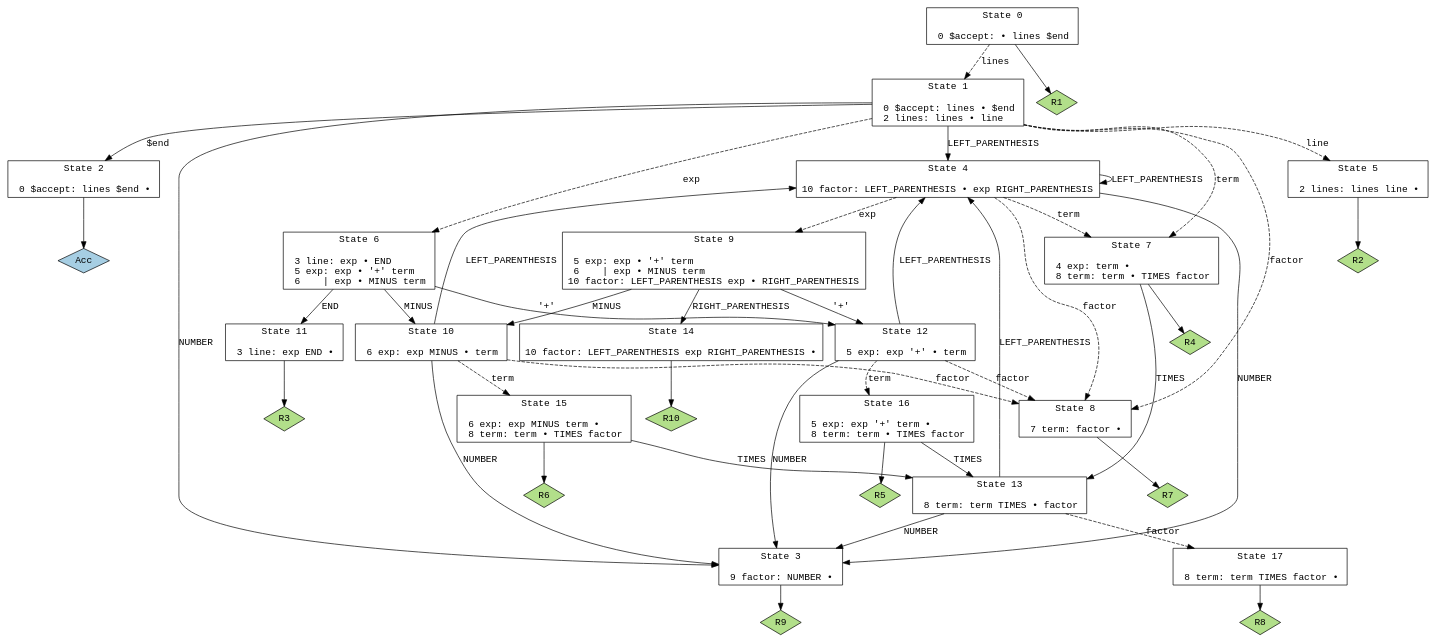
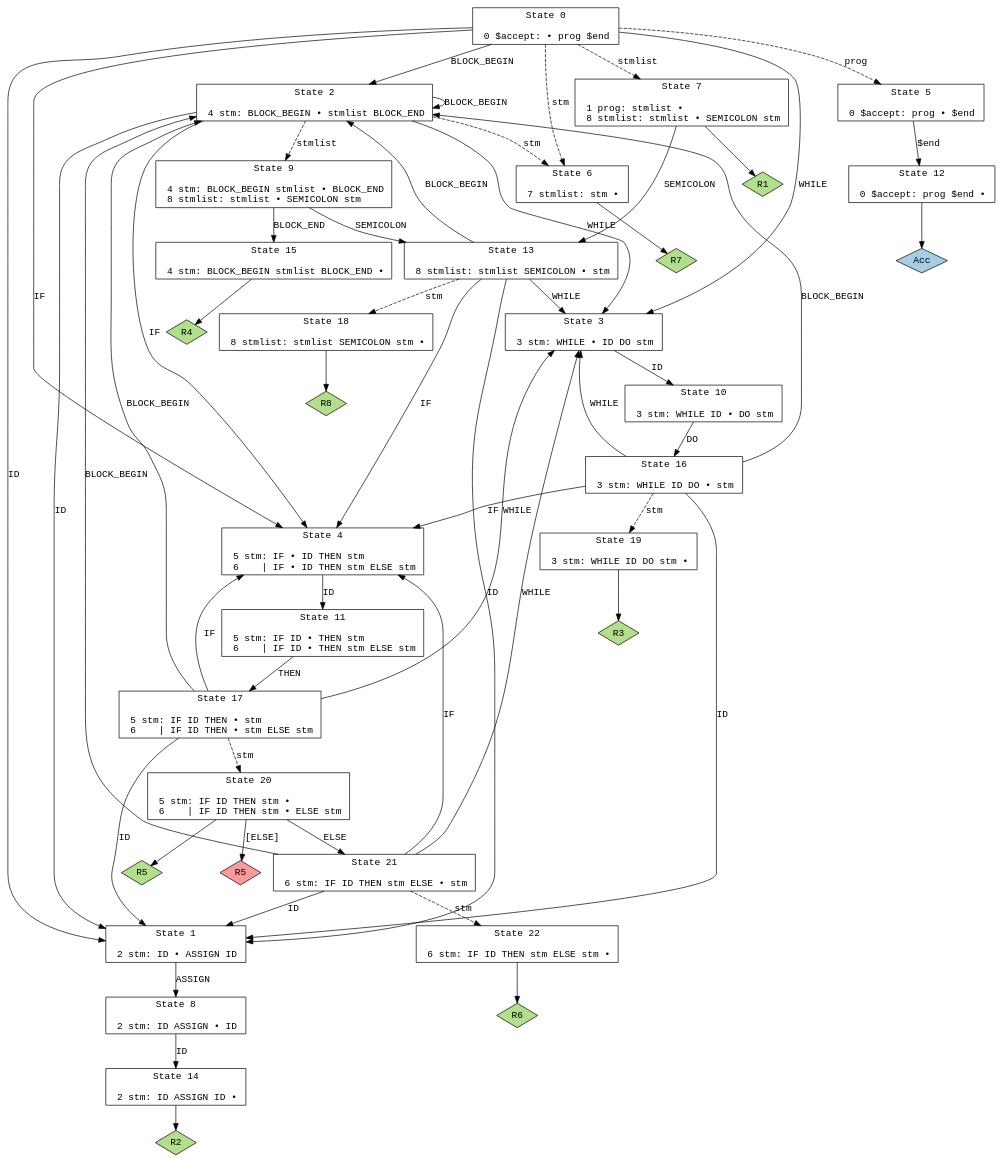
One commit to rcchcz/eng_ling changed the diagram in compilador/y.gv. Above: the diagram before and after it, drawn with Graphviz. The commit also changed 6 other files, not shown here.

```diff
--- a/compilador/y.gv
+++ b/compilador/y.gv
@@ -1,83 +1,97 @@
 // Generated by GNU Bison 3.8.2.
 // Report bugs to <bug-bison@gnu.org>.
 // Home page: <https://www.gnu.org/software/bison/>.
 
 digraph "parser.y"
 {
   node [fontname = courier, shape = box, colorscheme = paired6]
   edge [fontname = courier]
 
-  0 [label="State 0\n\l  0 $accept: • lines $end\l"]
-  0 -> 1 [style=dashed label="lines"]
-  0 -> "0R1" [style=solid]
- "0R1" [label="R1", fillcolor=3, shape=diamond, style=filled]
-  1 [label="State 1\n\l  0 $accept: lines • $end\l  2 lines: lines • line\l"]
-  1 -> 2 [style=solid label="$end"]
-  1 -> 3 [style=solid label="NUMBER"]
-  1 -> 4 [style=solid label="LEFT_PARENTHESIS"]
-  1 -> 5 [style=dashed label="line"]
-  1 -> 6 [style=dashed label="exp"]
-  1 -> 7 [style=dashed label="term"]
-  1 -> 8 [style=dashed label="factor"]
-  2 [label="State 2\n\l  0 $accept: lines $end •\l"]
-  2 -> "2R0" [style=solid]
- "2R0" [label="Acc", fillcolor=1, shape=diamond, style=filled]
-  3 [label="State 3\n\l  9 factor: NUMBER •\l"]
-  3 -> "3R9" [style=solid]
- "3R9" [label="R9", fillcolor=3, shape=diamond, style=filled]
-  4 [label="State 4\n\l 10 factor: LEFT_PARENTHESIS • exp RIGHT_PARENTHESIS\l"]
-  4 -> 3 [style=solid label="NUMBER"]
-  4 -> 4 [style=solid label="LEFT_PARENTHESIS"]
-  4 -> 9 [style=dashed label="exp"]
-  4 -> 7 [style=dashed label="term"]
-  4 -> 8 [style=dashed label="factor"]
-  5 [label="State 5\n\l  2 lines: lines line •\l"]
-  5 -> "5R2" [style=solid]
- "5R2" [label="R2", fillcolor=3, shape=diamond, style=filled]
-  6 [label="State 6\n\l  3 line: exp • END\l  5 exp: exp • '+' term\l  6    | exp • MINUS term\l"]
-  6 -> 10 [style=solid label="MINUS"]
-  6 -> 11 [style=solid label="END"]
-  6 -> 12 [style=solid label="'+'"]
-  7 [label="State 7\n\l  4 exp: term •\l  8 term: term • TIMES factor\l"]
-  7 -> 13 [style=solid label="TIMES"]
-  7 -> "7R4" [style=solid]
- "7R4" [label="R4", fillcolor=3, shape=diamond, style=filled]
-  8 [label="State 8\n\l  7 term: factor •\l"]
-  8 -> "8R7" [style=solid]
- "8R7" [label="R7", fillcolor=3, shape=diamond, style=filled]
-  9 [label="State 9\n\l  5 exp: exp • '+' term\l  6    | exp • MINUS term\l 10 factor: LEFT_PARENTHESIS exp • RIGHT_PARENTHESIS\l"]
-  9 -> 10 [style=solid label="MINUS"]
-  9 -> 14 [style=solid label="RIGHT_PARENTHESIS"]
-  9 -> 12 [style=solid label="'+'"]
-  10 [label="State 10\n\l  6 exp: exp MINUS • term\l"]
-  10 -> 3 [style=solid label="NUMBER"]
-  10 -> 4 [style=solid label="LEFT_PARENTHESIS"]
-  10 -> 15 [style=dashed label="term"]
-  10 -> 8 [style=dashed label="factor"]
-  11 [label="State 11\n\l  3 line: exp END •\l"]
-  11 -> "11R3" [style=solid]
- "11R3" [label="R3", fillcolor=3, shape=diamond, style=filled]
-  12 [label="State 12\n\l  5 exp: exp '+' • term\l"]
-  12 -> 3 [style=solid label="NUMBER"]
-  12 -> 4 [style=solid label="LEFT_PARENTHESIS"]
-  12 -> 16 [style=dashed label="term"]
-  12 -> 8 [style=dashed label="factor"]
-  13 [label="State 13\n\l  8 term: term TIMES • factor\l"]
-  13 -> 3 [style=solid label="NUMBER"]
-  13 -> 4 [style=solid label="LEFT_PARENTHESIS"]
-  13 -> 17 [style=dashed label="factor"]
-  14 [label="State 14\n\l 10 factor: LEFT_PARENTHESIS exp RIGHT_PARENTHESIS •\l"]
-  14 -> "14R10" [style=solid]
- "14R10" [label="R10", fillcolor=3, shape=diamond, style=filled]
-  15 [label="State 15\n\l  6 exp: exp MINUS term •\l  8 term: term • TIMES factor\l"]
-  15 -> 13 [style=solid label="TIMES"]
-  15 -> "15R6" [style=solid]
- "15R6" [label="R6", fillcolor=3, shape=diamond, style=filled]
-  16 [label="State 16\n\l  5 exp: exp '+' term •\l  8 term: term • TIMES factor\l"]
-  16 -> 13 [style=solid label="TIMES"]
-  16 -> "16R5" [style=solid]
- "16R5" [label="R5", fillcolor=3, shape=diamond, style=filled]
-  17 [label="State 17\n\l  8 term: term TIMES factor •\l"]
-  17 -> "17R8" [style=solid]
- "17R8" [label="R8", fillcolor=3, shape=diamond, style=filled]
+  0 [label="State 0\n\l  0 $accept: • prog $end\l"]
+  0 -> 1 [style=solid label="ID"]
+  0 -> 2 [style=solid label="BLOCK_BEGIN"]
+  0 -> 3 [style=solid label="WHILE"]
+  0 -> 4 [style=solid label="IF"]
+  0 -> 5 [style=dashed label="prog"]
+  0 -> 6 [style=dashed label="stm"]
+  0 -> 7 [style=dashed label="stmlist"]
+  1 [label="State 1\n\l  2 stm: ID • ASSIGN ID\l"]
+  1 -> 8 [style=solid label="ASSIGN"]
+  2 [label="State 2\n\l  4 stm: BLOCK_BEGIN • stmlist BLOCK_END\l"]
+  2 -> 1 [style=solid label="ID"]
+  2 -> 2 [style=solid label="BLOCK_BEGIN"]
+  2 -> 3 [style=solid label="WHILE"]
+  2 -> 4 [style=solid label="IF"]
+  2 -> 6 [style=dashed label="stm"]
+  2 -> 9 [style=dashed label="stmlist"]
+  3 [label="State 3\n\l  3 stm: WHILE • ID DO stm\l"]
+  3 -> 10 [style=solid label="ID"]
+  4 [label="State 4\n\l  5 stm: IF • ID THEN stm\l  6    | IF • ID THEN stm ELSE stm\l"]
+  4 -> 11 [style=solid label="ID"]
+  5 [label="State 5\n\l  0 $accept: prog • $end\l"]
+  5 -> 12 [style=solid label="$end"]
+  6 [label="State 6\n\l  7 stmlist: stm •\l"]
+  6 -> "6R7" [style=solid]
+ "6R7" [label="R7", fillcolor=3, shape=diamond, style=filled]
+  7 [label="State 7\n\l  1 prog: stmlist •\l  8 stmlist: stmlist • SEMICOLON stm\l"]
+  7 -> 13 [style=solid label="SEMICOLON"]
+  7 -> "7R1" [style=solid]
+ "7R1" [label="R1", fillcolor=3, shape=diamond, style=filled]
+  8 [label="State 8\n\l  2 stm: ID ASSIGN • ID\l"]
+  8 -> 14 [style=solid label="ID"]
+  9 [label="State 9\n\l  4 stm: BLOCK_BEGIN stmlist • BLOCK_END\l  8 stmlist: stmlist • SEMICOLON stm\l"]
+  9 -> 13 [style=solid label="SEMICOLON"]
+  9 -> 15 [style=solid label="BLOCK_END"]
+  10 [label="State 10\n\l  3 stm: WHILE ID • DO stm\l"]
+  10 -> 16 [style=solid label="DO"]
+  11 [label="State 11\n\l  5 stm: IF ID • THEN stm\l  6    | IF ID • THEN stm ELSE stm\l"]
+  11 -> 17 [style=solid label="THEN"]
+  12 [label="State 12\n\l  0 $accept: prog $end •\l"]
+  12 -> "12R0" [style=solid]
+ "12R0" [label="Acc", fillcolor=1, shape=diamond, style=filled]
+  13 [label="State 13\n\l  8 stmlist: stmlist SEMICOLON • stm\l"]
+  13 -> 1 [style=solid label="ID"]
+  13 -> 2 [style=solid label="BLOCK_BEGIN"]
+  13 -> 3 [style=solid label="WHILE"]
+  13 -> 4 [style=solid label="IF"]
+  13 -> 18 [style=dashed label="stm"]
+  14 [label="State 14\n\l  2 stm: ID ASSIGN ID •\l"]
+  14 -> "14R2" [style=solid]
+ "14R2" [label="R2", fillcolor=3, shape=diamond, style=filled]
+  15 [label="State 15\n\l  4 stm: BLOCK_BEGIN stmlist BLOCK_END •\l"]
+  15 -> "15R4" [style=solid]
+ "15R4" [label="R4", fillcolor=3, shape=diamond, style=filled]
+  16 [label="State 16\n\l  3 stm: WHILE ID DO • stm\l"]
+  16 -> 1 [style=solid label="ID"]
+  16 -> 2 [style=solid label="BLOCK_BEGIN"]
+  16 -> 3 [style=solid label="WHILE"]
+  16 -> 4 [style=solid label="IF"]
+  16 -> 19 [style=dashed label="stm"]
+  17 [label="State 17\n\l  5 stm: IF ID THEN • stm\l  6    | IF ID THEN • stm ELSE stm\l"]
+  17 -> 1 [style=solid label="ID"]
+  17 -> 2 [style=solid label="BLOCK_BEGIN"]
+  17 -> 3 [style=solid label="WHILE"]
+  17 -> 4 [style=solid label="IF"]
+  17 -> 20 [style=dashed label="stm"]
+  18 [label="State 18\n\l  8 stmlist: stmlist SEMICOLON stm •\l"]
+  18 -> "18R8" [style=solid]
+ "18R8" [label="R8", fillcolor=3, shape=diamond, style=filled]
+  19 [label="State 19\n\l  3 stm: WHILE ID DO stm •\l"]
+  19 -> "19R3" [style=solid]
+ "19R3" [label="R3", fillcolor=3, shape=diamond, style=filled]
+  20 [label="State 20\n\l  5 stm: IF ID THEN stm •\l  6    | IF ID THEN stm • ELSE stm\l"]
+  20 -> 21 [style=solid label="ELSE"]
+  20 -> "20R5d" [label="[ELSE]", style=solid]
+ "20R5d" [label="R5", fillcolor=5, shape=diamond, style=filled]
+  20 -> "20R5" [style=solid]
+ "20R5" [label="R5", fillcolor=3, shape=diamond, style=filled]
+  21 [label="State 21\n\l  6 stm: IF ID THEN stm ELSE • stm\l"]
+  21 -> 1 [style=solid label="ID"]
+  21 -> 2 [style=solid label="BLOCK_BEGIN"]
+  21 -> 3 [style=solid label="WHILE"]
+  21 -> 4 [style=solid label="IF"]
+  21 -> 22 [style=dashed label="stm"]
+  22 [label="State 22\n\l  6 stm: IF ID THEN stm ELSE stm •\l"]
+  22 -> "22R6" [style=solid]
+ "22R6" [label="R6", fillcolor=3, shape=diamond, style=filled]
 }
```
